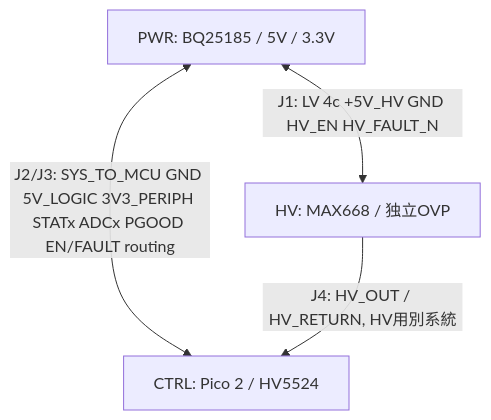
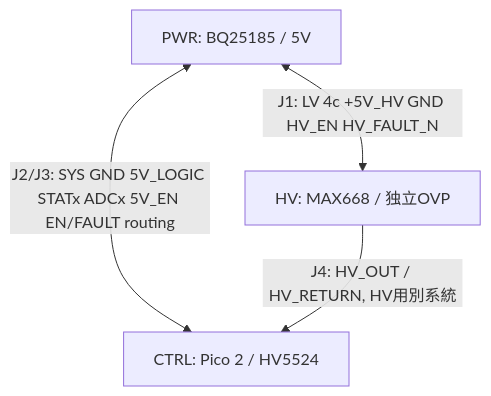
The diagram in docs/board-interconnects.md (mitsu32m/PROJECT-NIXIDORO), drawn with Mermaid before and after one commit. The commit also changed other lines of this file, not shown here.

Commit message:
docs: update PWR-CTRL connector to five power and nine signal pin proposal

````diff
--- a/docs/board-interconnects.md
+++ b/docs/board-interconnects.md
@@ -9,9 +9,9 @@
 ```mermaid
 flowchart TB
- P[PWR: BQ25185 / 5V / 3.3V]
+ P[PWR: BQ25185 / 5V]
  H[HV: MAX668 / 独立OVP]
  C[CTRL: Pico 2 / HV5524]
  P <-->|J1: LV 4c +5V_HV GND HV_EN HV_FAULT_N| H
- P <-->|J2/J3: SYS_TO_MCU GND 5V_LOGIC 3V3_PERIPH STATx ADCx PGOOD EN/FAULT routing| C
+ P <-->|J2/J3: SYS GND 5V_LOGIC STATx ADCx 5V_EN EN/FAULT routing| C
  H -->|J4: HV_OUT / HV_RETURN, HV用別系統| C
 ```
````
